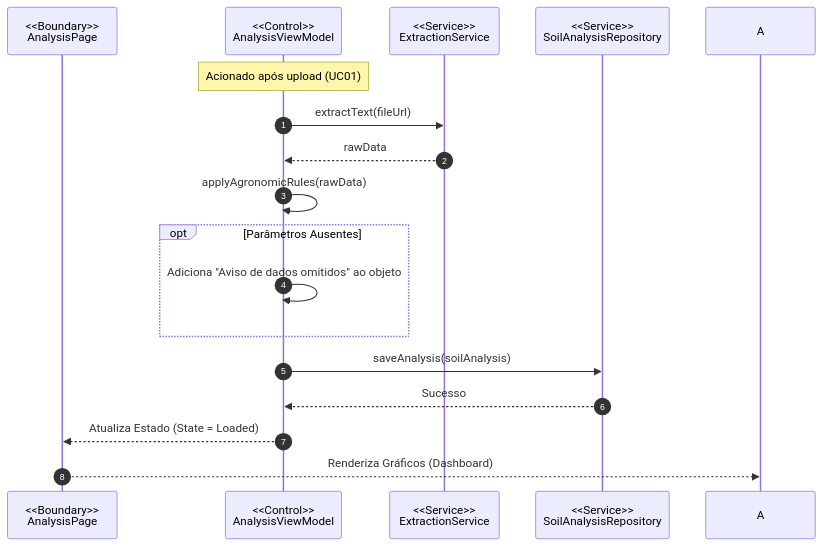
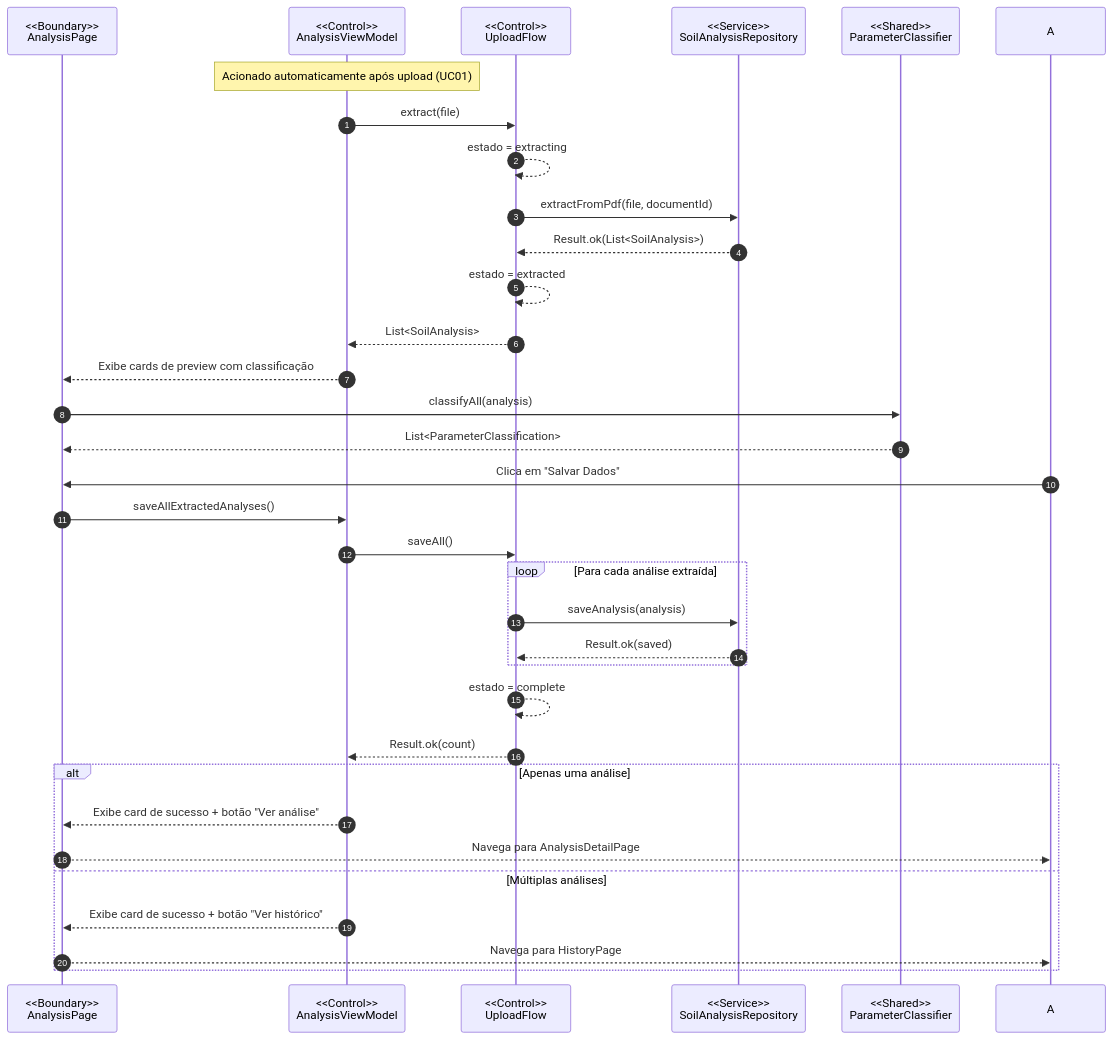
Before and after one commit to leandromesq/anasoil: the third of 7 diagrams in docs/documentacao_anasoil.md, drawn with Mermaid. The commit also changed other lines of this file and 1 other file, not shown here.

Commit message:
Revise docs architecture and delete CI workflow

````diff
--- a/docs/documentacao_anasoil.md
+++ b/docs/documentacao_anasoil.md
@@ -156,22 +408,41 @@
 ```mermaid
 sequenceDiagram
     autonumber
     participant UI as <<Boundary>><br>AnalysisPage
     participant VM as <<Control>><br>AnalysisViewModel
-    participant Ext as <<Service>><br>ExtractionService
+    participant UF as <<Control>><br>UploadFlow
     participant Repo as <<Service>><br>SoilAnalysisRepository
+    participant Classif as <<Shared>><br>ParameterClassifier
 
-    note over VM: Acionado após upload (UC01)
-    VM->>Ext: extractText(fileUrl)
-    Ext-->>VM: rawData
-    VM->>VM: applyAgronomicRules(rawData)
-    
-    opt Parâmetros Ausentes
-        VM->>VM: Adiciona "Aviso de dados omitidos" ao objeto
+    note over VM: Acionado automaticamente após upload (UC01)
+    VM->>UF: extract(file)
+    UF-->>UF: estado = extracting
+    UF->>Repo: extractFromPdf(file, documentId)
+    Repo-->>UF: Result.ok(List<SoilAnalysis>)
+    UF-->>UF: estado = extracted
+    UF-->>VM: List<SoilAnalysis>
+
+    VM-->>UI: Exibe cards de preview com classificação
+    UI->>Classif: classifyAll(analysis)
+    Classif-->>UI: List<ParameterClassification>
+
+    A->>UI: Clica em "Salvar Dados"
+    UI->>VM: saveAllExtractedAnalyses()
+    VM->>UF: saveAll()
+
+    loop Para cada análise extraída
+        UF->>Repo: saveAnalysis(analysis)
+        Repo-->>UF: Result.ok(saved)
     end
 
-    VM->>Repo: saveAnalysis(soilAnalysis)
-    Repo-->>VM: Sucesso
-    VM-->>UI: Atualiza Estado (State = Loaded)
-    UI-->>A: Renderiza Gráficos (Dashboard)
+    UF-->>UF: estado = complete
+    UF-->>VM: Result.ok(count)
+
+    alt Apenas uma análise
+        VM-->>UI: Exibe card de sucesso + botão "Ver análise"
+        UI-->>A: Navega para AnalysisDetailPage
+    else Múltiplas análises
+        VM-->>UI: Exibe card de sucesso + botão "Ver histórico"
+        UI-->>A: Navega para HistoryPage
+    end
 ```
````
